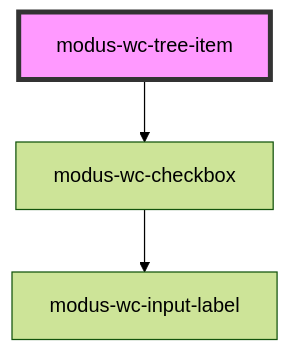
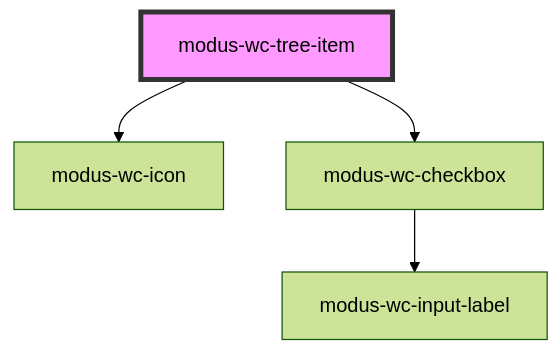
The diagram in src/components/modus-wc-content-tree/modus-wc-tree-item/readme.md (trimble-oss/modus-wc-2.0), drawn with Mermaid (forest theme) before and after one commit. The commit also changed other lines of this file and 7 other files, not shown here.

````diff
--- a/src/components/modus-wc-content-tree/modus-wc-tree-item/readme.md
+++ b/src/components/modus-wc-content-tree/modus-wc-tree-item/readme.md
@@ -42,6 +41,7 @@
 ```mermaid
 graph TD;
+  modus-wc-tree-item --> modus-wc-icon
   modus-wc-tree-item --> modus-wc-checkbox
   modus-wc-checkbox --> modus-wc-input-label
   style modus-wc-tree-item fill:#f9f,stroke:#333,stroke-width:4px
 ```
````
